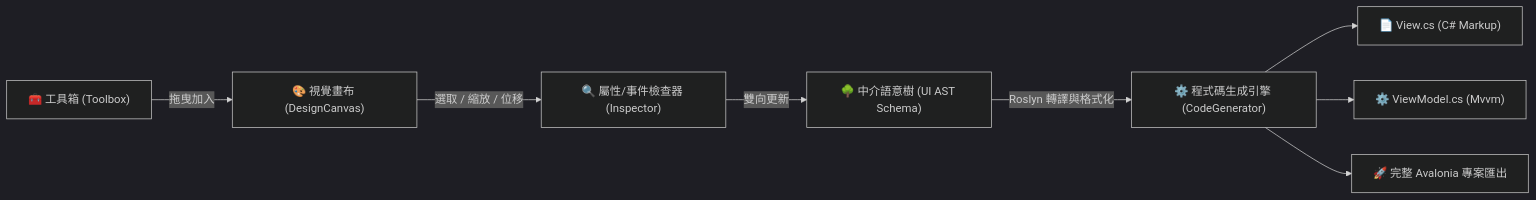
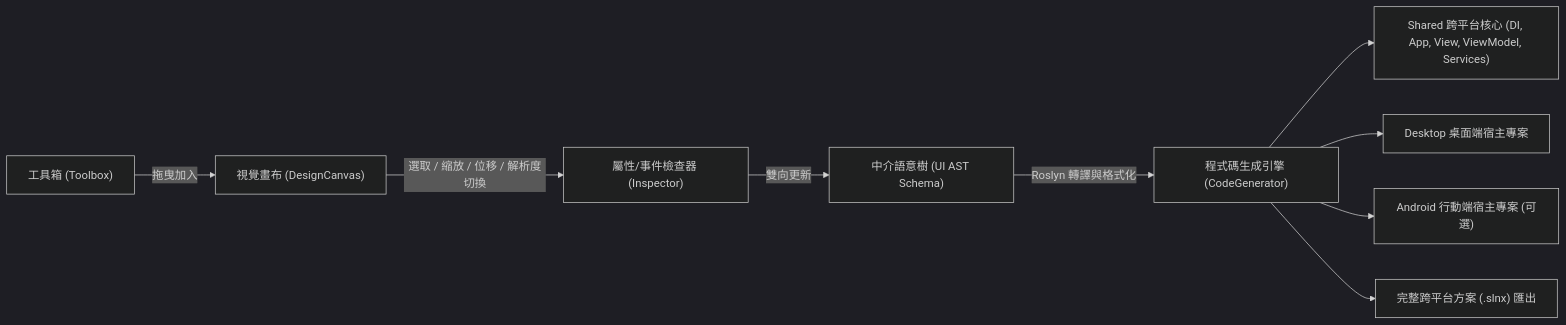
Before and after one commit to willy050209/Avalonia-Form-Generator: the diagram in README.md, drawn with Mermaid (dark theme). The commit also changed other lines of this file and 3 other files, not shown here.

Commit message:
docs: update README and docs/ with DI architecture, multi-project solution structure, and custom resolution user guide

````diff
--- a/README.md
+++ b/README.md
@@ -14,10 +14,11 @@
 ```mermaid
 graph LR
-    Toolbox["🧰 工具箱 (Toolbox)"] -->|拖曳加入| Canvas["🎨 視覺畫布 (DesignCanvas)"]
-    Canvas -->|選取 / 縮放 / 位移| Inspector["🔍 屬性/事件檢查器 (Inspector)"]
-    Inspector -->|雙向更新| AST["🌳 中介語意樹 (UI AST Schema)"]
-    AST -->|Roslyn 轉譯與格式化| CodeGen["⚙️ 程式碼生成引擎 (CodeGenerator)"]
-    CodeGen --> ViewCS["📄 View.cs (C# Markup)"]
-    CodeGen --> VmCS["⚙️ ViewModel.cs (Mvvm)"]
-    CodeGen --> Export["🚀 完整 Avalonia 專案匯出"]
+    Toolbox["工具箱 (Toolbox)"] -->|拖曳加入| Canvas["視覺畫布 (DesignCanvas)"]
+    Canvas -->|選取 / 縮放 / 位移 / 解析度切換| Inspector["屬性/事件檢查器 (Inspector)"]
+    Inspector -->|雙向更新| AST["中介語意樹 (UI AST Schema)"]
+    AST -->|Roslyn 轉譯與格式化| CodeGen["程式碼生成引擎 (CodeGenerator)"]
+    CodeGen --> SharedProj["Shared 跨平台核心 (DI, App, View, ViewModel, Services)"]
+    CodeGen --> DesktopProj["Desktop 桌面端宿主專案"]
+    CodeGen --> AndroidProj["Android 行動端宿主專案 (可選)"]
+    CodeGen --> Export["完整跨平台方案 (.slnx) 匯出"]
 ```
````
